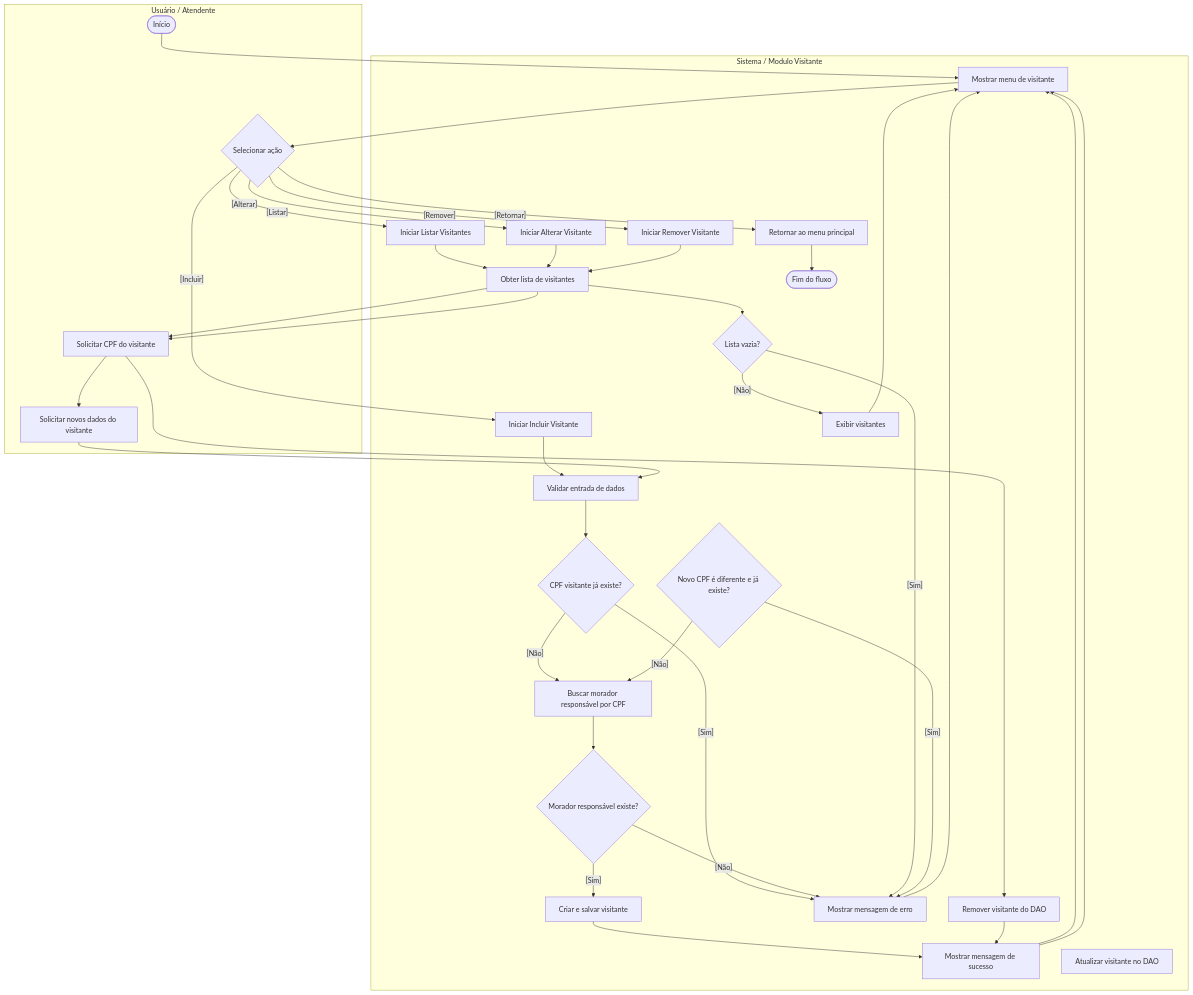
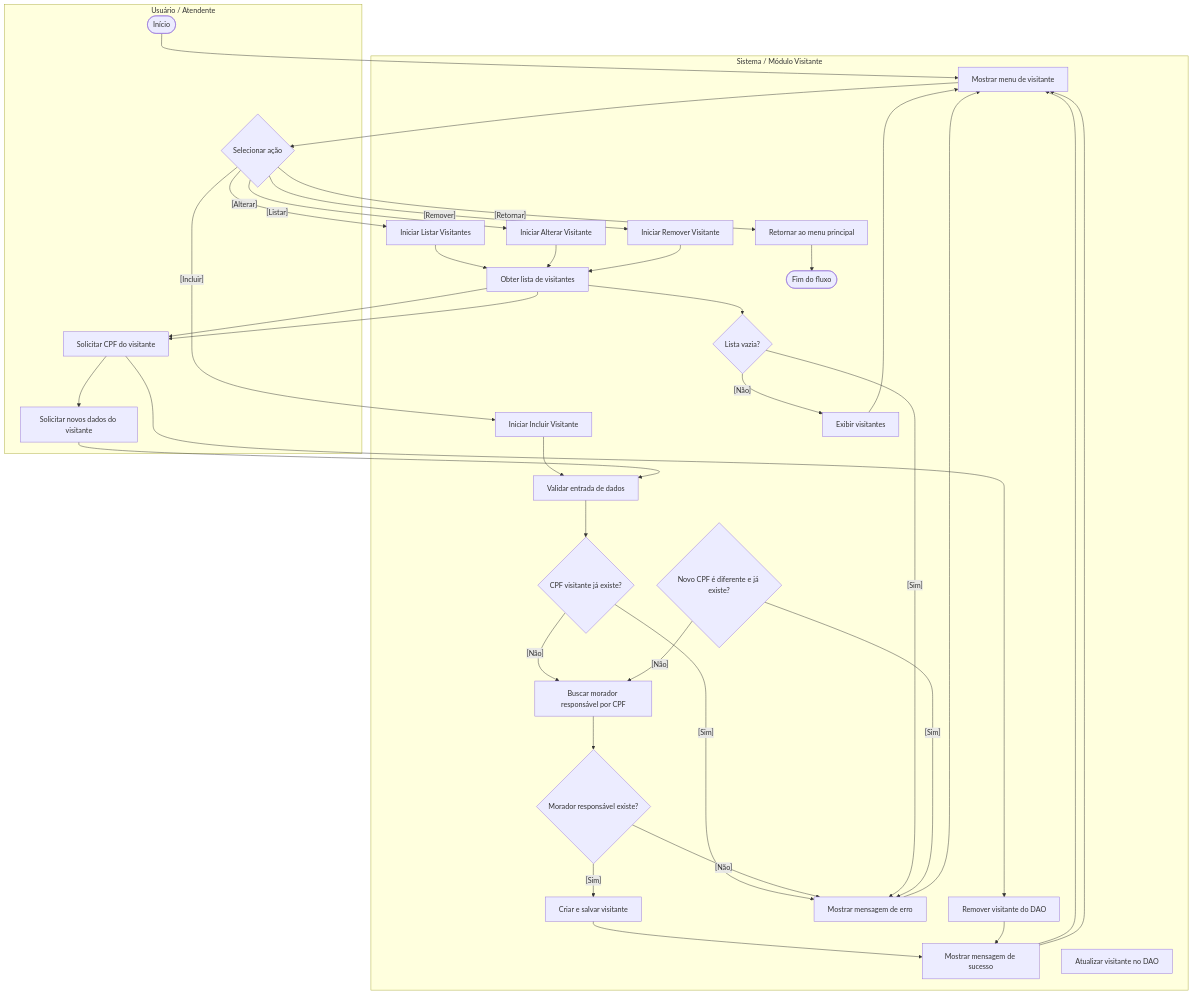
The diagram in docs/diagrama-atividade-gerencia-visitante.md (TiagoSansao/CondoGate), drawn with Mermaid before and after one commit.

Commit message:
Fix typos in visitor management diagram

````diff
--- a/docs/diagrama-atividade-gerencia-visitante.md
+++ b/docs/diagrama-atividade-gerencia-visitante.md
@@ -1,67 +1,67 @@
 ```mermaid
 flowchart TB
     %% Definição das Raias de Papéis (Swimlanes)
     subgraph Ator_Usuario [Usuário / Atendente]
         start([Início])
         escolherAcao{Selecionar ação}
         selecionarVisitante[Solicitar CPF do visitante]
         pegarNovosDados[Solicitar novos dados do visitante]
     end
 
-    subgraph Sistema [Sistema / Modulo Visitante]
+    subgraph Sistema [Sistema / Módulo Visitante]
         abrirMenu[Mostrar menu de visitante]
         incluir[Iniciar Incluir Visitante]
         listar[Iniciar Listar Visitantes]
         alterar[Iniciar Alterar Visitante]
         remover[Iniciar Remover Visitante]
         retornar[Retornar ao menu principal]
         
         inicioValidar[Validar entrada de dados]
         verificarCpfExistente{CPF visitante já existe?}
         buscarMorador[Buscar morador responsável por CPF]
         moradorExiste{Morador responsável existe?}
         criarVisitante[Criar e salvar visitante]
         mostrarSucesso[Mostrar mensagem de sucesso]
         mostrarErro[Mostrar mensagem de erro]
         listarDados[Obter lista de visitantes]
         listaVazia{Lista vazia?}
         mostrarLista[Exibir visitantes]
         verificarCpfAlteracao{Novo CPF é diferente e já existe?}
         atualizarVisitante[Atualizar visitante no DAO]
         excluirVisitante[Remover visitante do DAO]
         fim([Fim do fluxo])
     end
 
-    %% Fluxo Principal e Decisões com Notação Correta [Guardas]
+    %% Fluxo Principal e Decisões com Notação de Colchetes [Guardas]
     start --> abrirMenu --> escolherAcao
     
     escolherAcao -->|"[Incluir]"| incluir
     escolherAcao -->|"[Listar]"| listar
     escolherAcao -->|"[Alterar]"| alterar
     escolherAcao -->|"[Remover]"| remover
     escolherAcao -->|"[Retornar]"| retornar
 
     %% Fluxo Incluir
     incluir --> inicioValidar --> verificarCpfExistente
     verificarCpfExistente -->|"[Sim]"| mostrarErro
     verificarCpfExistente -->|"[Não]"| buscarMorador
     buscarMorador --> moradorExiste
     moradorExiste -->|"[Não]"| mostrarErro
     moradorExiste -->|"[Sim]"| criarVisitante --> mostrarSucesso --> abrirMenu
 
     %% Fluxo Listar
     listar --> listarDados --> listaVazia
     listaVazia -->|"[Sim]"| mostrarErro
     listaVazia -->|"[Não]"| mostrarLista --> abrirMenu
 
     %% Fluxo Alterar
     alterar --> listarDados --> selecionarVisitante --> pegarNovosDados --> inicioValidar
     verificarCpfAlteracao -->|"[Sim]"| mostrarErro
     verificarCpfAlteracao -->|"[Não]"| buscarMorador
     
     %% Fluxo Remover
     remover --> listarDados --> selecionarVisitante --> excluirVisitante --> mostrarSucesso --> abrirMenu
     retornar --> fim
 
     mostrarErro --> abrirMenu
 ```
````
